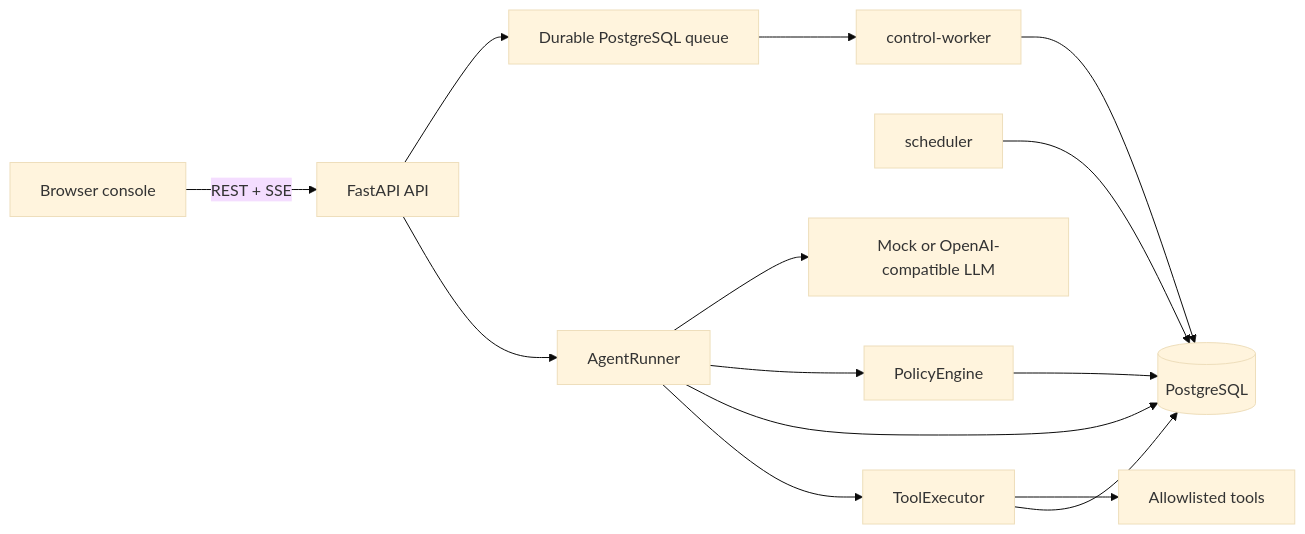
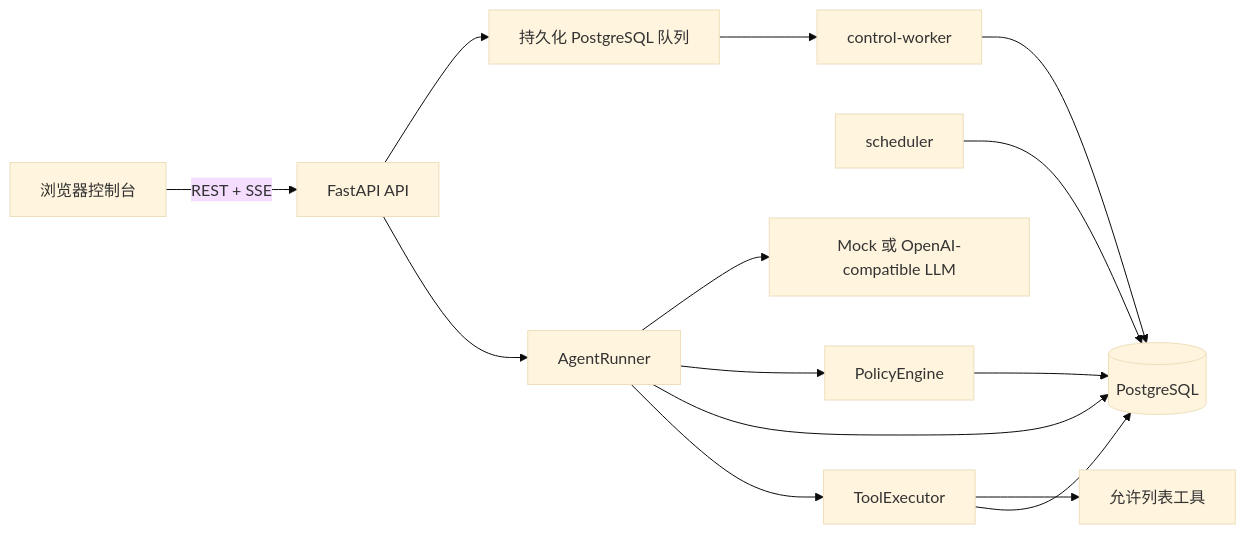
The first of 4 diagrams in docs/architecture.md (Caser-86/agentgate-control-plane), drawn with Mermaid (base theme) before and after one commit. The commit also changed other lines of this file and 41 other files, not shown here.

````diff
--- a/docs/architecture.md
+++ b/docs/architecture.md
@@ -7,27 +7,27 @@
 ```mermaid
 flowchart LR
-    Browser[Browser console]
+    Browser[浏览器控制台]
     API[FastAPI API]
     Runner[AgentRunner]
     Policy[PolicyEngine]
     DB[(PostgreSQL)]
     Scheduler[scheduler]
     ControlWorker[control-worker]
     Executor[ToolExecutor]
-    Tools[Allowlisted tools]
-    LLM[Mock or OpenAI-compatible LLM]
+    Tools[允许列表工具]
+    LLM[Mock 或 OpenAI-compatible LLM]
 
     Browser -->|REST + SSE| API
-    API --> Queue[Durable PostgreSQL queue]
+    API --> Queue[持久化 PostgreSQL 队列]
     Queue --> ControlWorker
     API --> Runner
     Runner --> LLM
     Runner --> Policy
     Policy --> DB
     Runner --> DB
     Runner --> Executor
     Executor --> Tools
     Executor --> DB
     Scheduler --> DB
     ControlWorker --> DB
 ```
````
